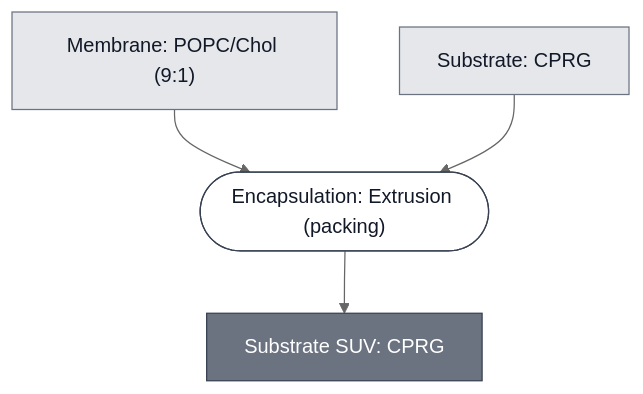
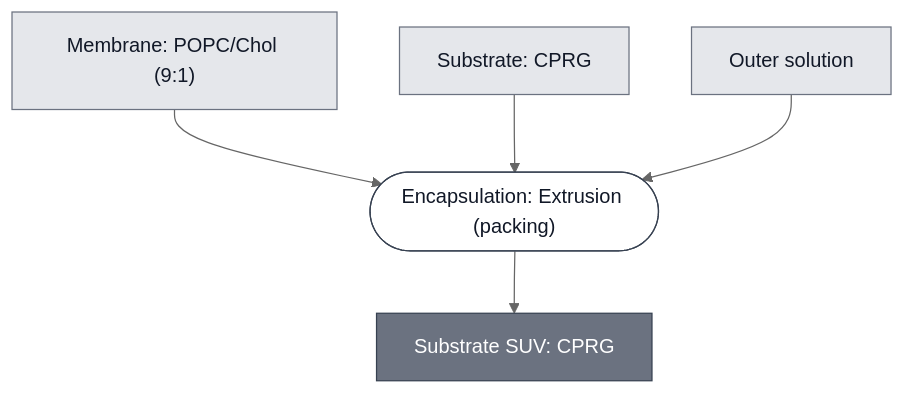
The diagram in docs/modules/substrate-cprg-suv/spec.md (nucleus-eng/nucleus-docs), drawn with Mermaid (neutral theme) before and after one commit. The commit also changed 41 other files, not shown here.

````diff
--- a/docs/modules/substrate-cprg-suv/spec.md
+++ b/docs/modules/substrate-cprg-suv/spec.md
@@ -34,25 +34,28 @@
 ```mermaid
 flowchart TD
+    OUTER_SOLUTION["Outer solution"]
     MEMBRANE_POPC_CHOL_9_1["Membrane: POPC/Chol (9:1)"]
     SUBSTRATE_CPRG["Substrate: CPRG"]
 
     P1_HYDRATE_AND_EXTRUDE_0(["Encapsulation: Extrusion (packing)"])
     SUBSTRATE_CPRG_SUV["Substrate SUV: CPRG"]
 
     MEMBRANE_POPC_CHOL_9_1 --> P1_HYDRATE_AND_EXTRUDE_0
     SUBSTRATE_CPRG --> P1_HYDRATE_AND_EXTRUDE_0
+    OUTER_SOLUTION --> P1_HYDRATE_AND_EXTRUDE_0
     P1_HYDRATE_AND_EXTRUDE_0 --> SUBSTRATE_CPRG_SUV
 
 
     classDef leaf     fill:#e5e7eb,stroke:#6b7280,color:#111827;
     classDef composed fill:#6b7280,stroke:#374151,color:#ffffff;
     classDef process  fill:#ffffff,stroke:#374151,color:#111827;
-    class MEMBRANE_POPC_CHOL_9_1,SUBSTRATE_CPRG leaf;
+    class OUTER_SOLUTION,MEMBRANE_POPC_CHOL_9_1,SUBSTRATE_CPRG leaf;
     class SUBSTRATE_CPRG_SUV composed;
     class P1_HYDRATE_AND_EXTRUDE_0 process;
 
+    click OUTER_SOLUTION "/docs/modules/outer-solution/spec"
     click MEMBRANE_POPC_CHOL_9_1 "/docs/modules/membrane-popc-chol-9-1/spec"
     click SUBSTRATE_CPRG "/docs/modules/substrate-cprg/spec"
     click P1_HYDRATE_AND_EXTRUDE_0 "/docs/processes/encapsulate-suv/main"
     click SUBSTRATE_CPRG_SUV "/docs/modules/substrate-cprg-suv/spec"
 ```
````
